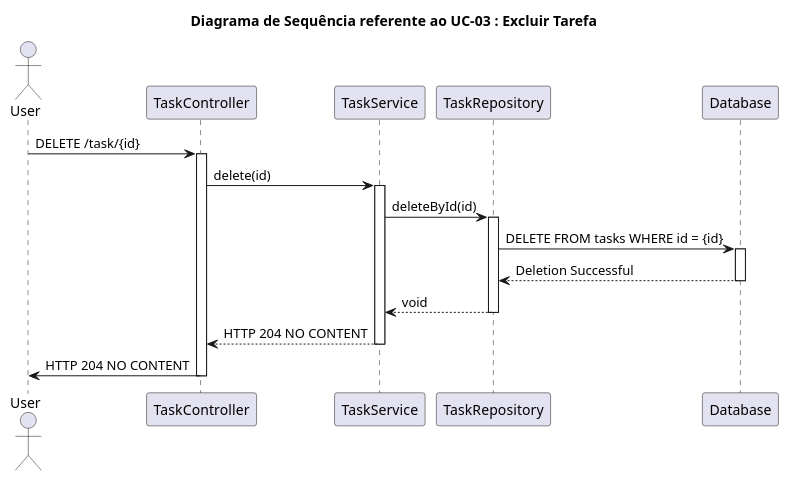
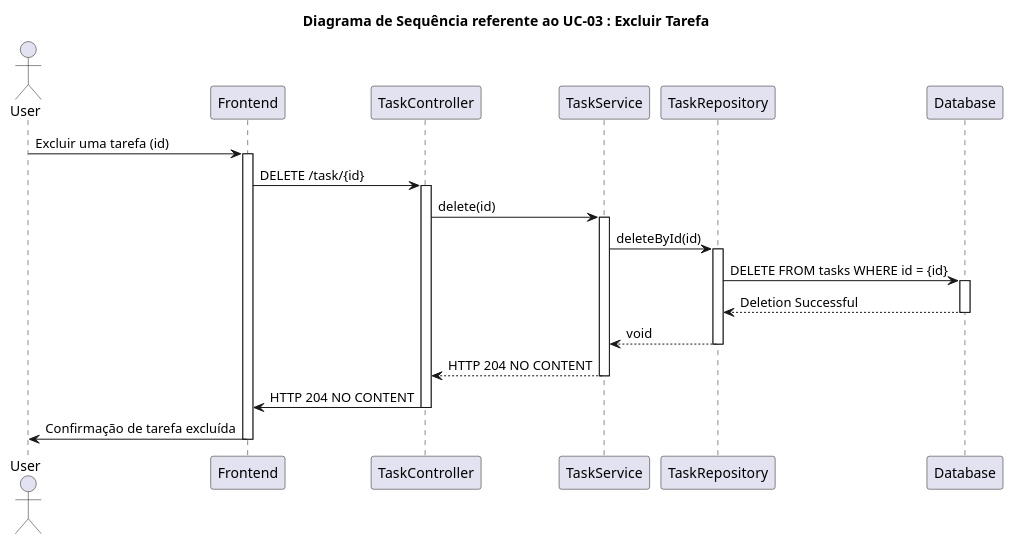
Before and after one commit to henriquedani/ToDoList_LabDesSoft: the diagram in docs/diagramas_sequencia/diagramaSequenciaUC03.puml, drawn with PlantUML. The commit also changed 5 other files, not shown here.

Commit message:
Adição front nos diagramas de sequência

```diff
--- a/docs/diagramas_sequencia/diagramaSequenciaUC03.puml
+++ b/docs/diagramas_sequencia/diagramaSequenciaUC03.puml
@@ -1,26 +1,31 @@
 @startuml diagramaSequenciaUC03.puml
 title Diagrama de Sequência referente ao UC-03 : Excluir Tarefa
 
 actor User
+participant Frontend
 participant TaskController
 participant TaskService
 participant TaskRepository
 participant Database
 
-User -> TaskController: DELETE /task/{id}
+User -> Frontend: Excluir uma tarefa (id)
+activate Frontend
+Frontend -> TaskController: DELETE /task/{id}
 activate TaskController
 TaskController -> TaskService: delete(id)
 activate TaskService
 TaskService -> TaskRepository: deleteById(id)
 activate TaskRepository
 TaskRepository -> Database: DELETE FROM tasks WHERE id = {id}
 activate Database
 Database --> TaskRepository: Deletion Successful
 deactivate Database
 TaskRepository --> TaskService: void
 deactivate TaskRepository
 TaskService --> TaskController: HTTP 204 NO CONTENT
 deactivate TaskService
-TaskController -> User: HTTP 204 NO CONTENT
+TaskController -> Frontend: HTTP 204 NO CONTENT
 deactivate TaskController
+Frontend -> User: Confirmação de tarefa excluída
+deactivate Frontend
 @enduml
```
